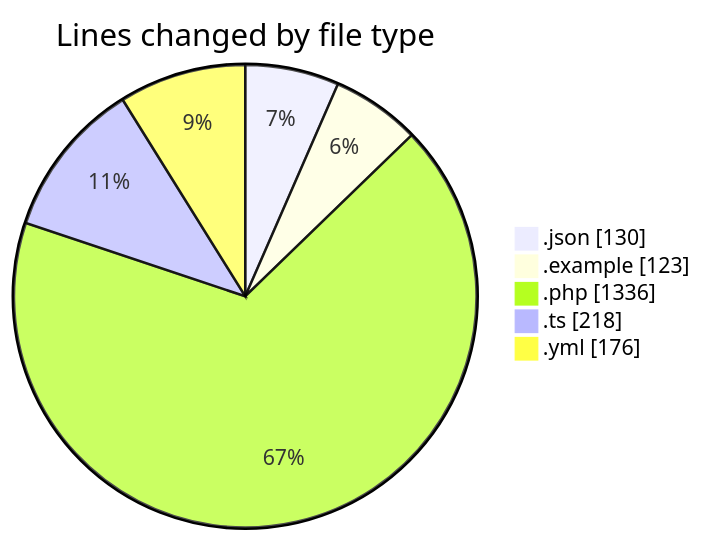
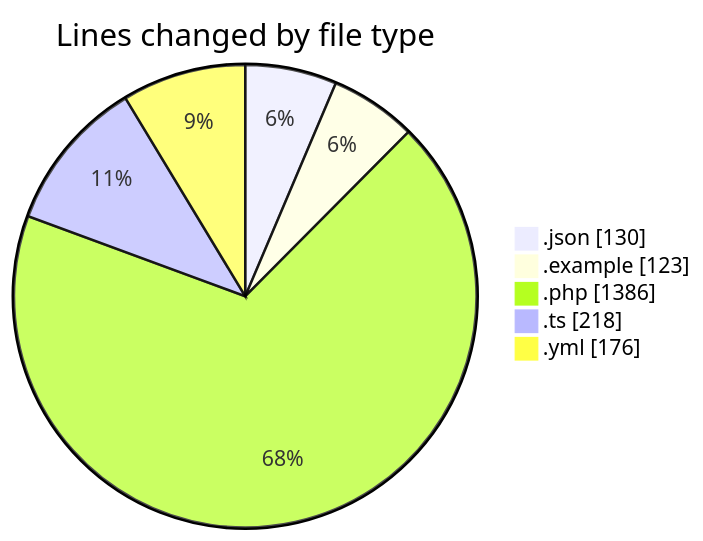
Before and after one commit to lephambinh05/code-tracking: the first of 2 diagrams in 2025-07-10/shopaccv1/README.md, drawn with Mermaid. The commit also changed other lines of this file and 1 other file, not shown here.

````diff
--- a/2025-07-10/shopaccv1/README.md
+++ b/2025-07-10/shopaccv1/README.md
@@ -27,9 +28,9 @@
 ```mermaid
 pie showData
 title Lines changed by file type
 ".json" : 130
 ".example" : 123
-".php" : 1336
+".php" : 1386
 ".ts" : 218
 ".yml" : 176
 ```
````
